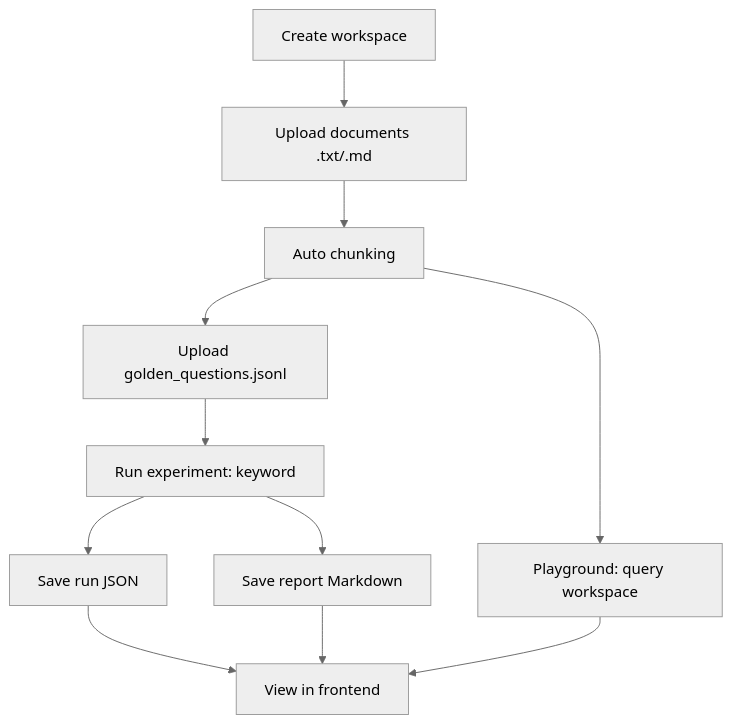
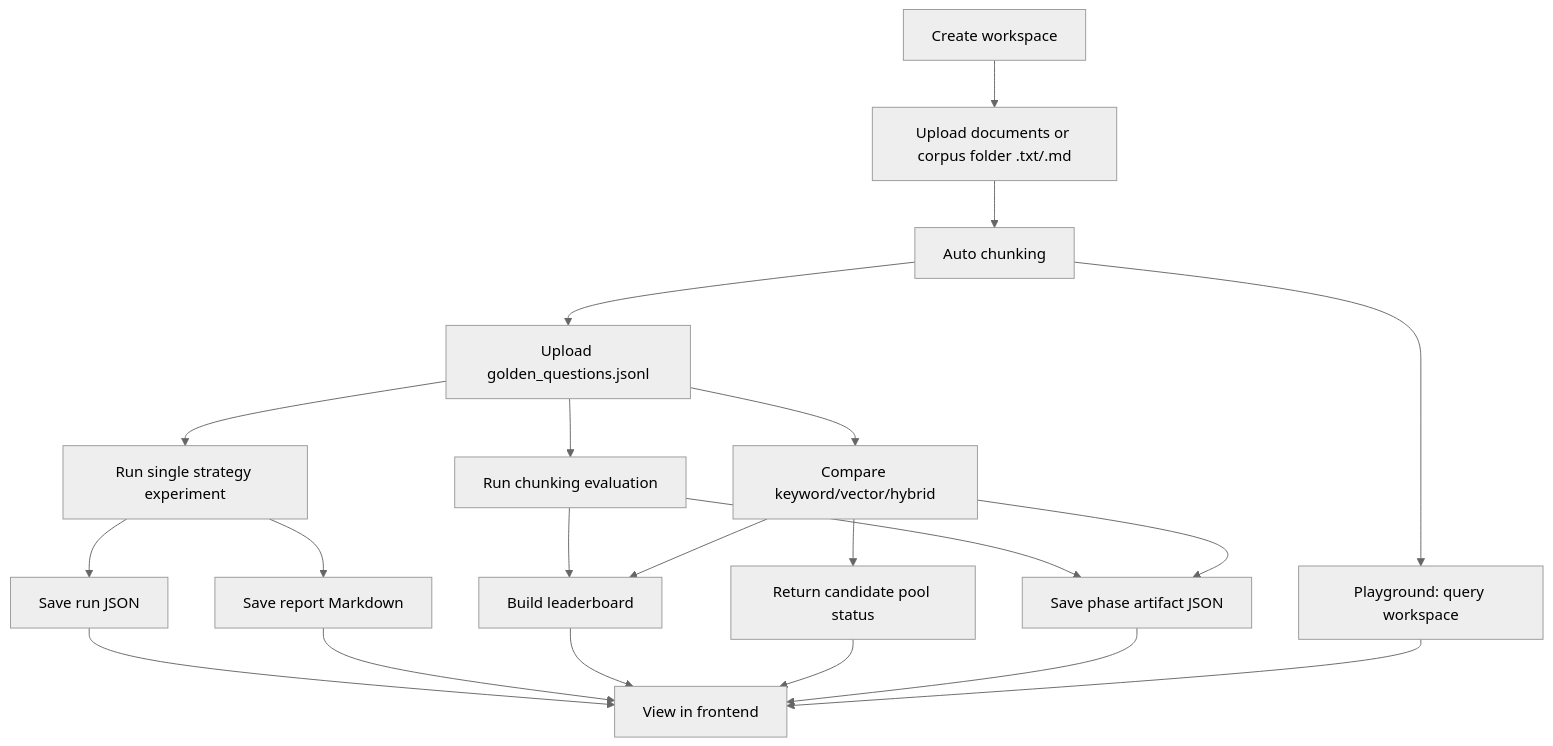
Before and after one commit to huyducnguyen0/RAG_Experiment_Platform_for_Developers: the first of 5 diagrams in docs/system_map.md, drawn with Mermaid (neutral theme). The commit also changed other lines of this file and 38 other files, not shown here.

Commit message:
Save current workspace changes

````diff
--- a/docs/system_map.md
+++ b/docs/system_map.md
@@ -8,13 +8,23 @@
 ```mermaid
 flowchart TD
-  A[Create workspace] --> B[Upload documents .txt/.md]
+  A[Create workspace] --> B[Upload documents or corpus folder .txt/.md]
   B --> C[Auto chunking]
   C --> D[Upload golden_questions.jsonl]
-  D --> E[Run experiment: keyword]
-  E --> F[Save run JSON]
-  E --> G[Save report Markdown]
-  F --> H[View in frontend]
-  G --> H
-  C --> I[Playground: query workspace]
-  I --> H
+  D --> C1[Run chunking evaluation]
+  D --> E[Run single strategy experiment]
+  D --> F[Compare keyword/vector/hybrid]
+  C1 --> I[Build leaderboard]
+  C1 --> A1[Save phase artifact JSON]
+  E --> G[Save run JSON]
+  E --> H[Save report Markdown]
+  F --> I[Build leaderboard]
+  F --> J[Return candidate pool status]
+  F --> A1[Save phase artifact JSON]
+  G --> K[View in frontend]
+  H --> K
+  I --> K
+  J --> K
+  A1 --> K
+  C --> L[Playground: query workspace]
+  L --> K
 ```
````
